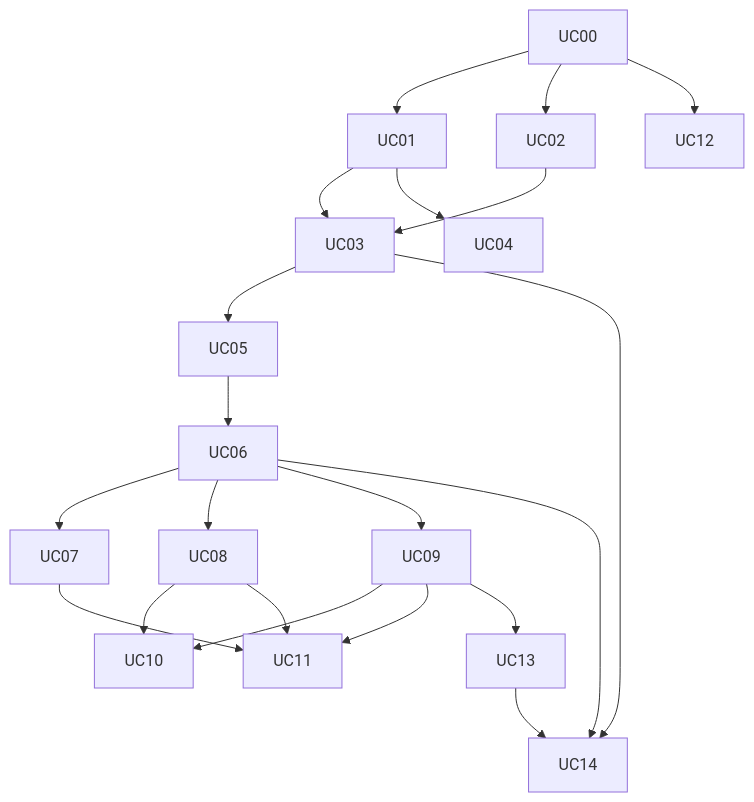
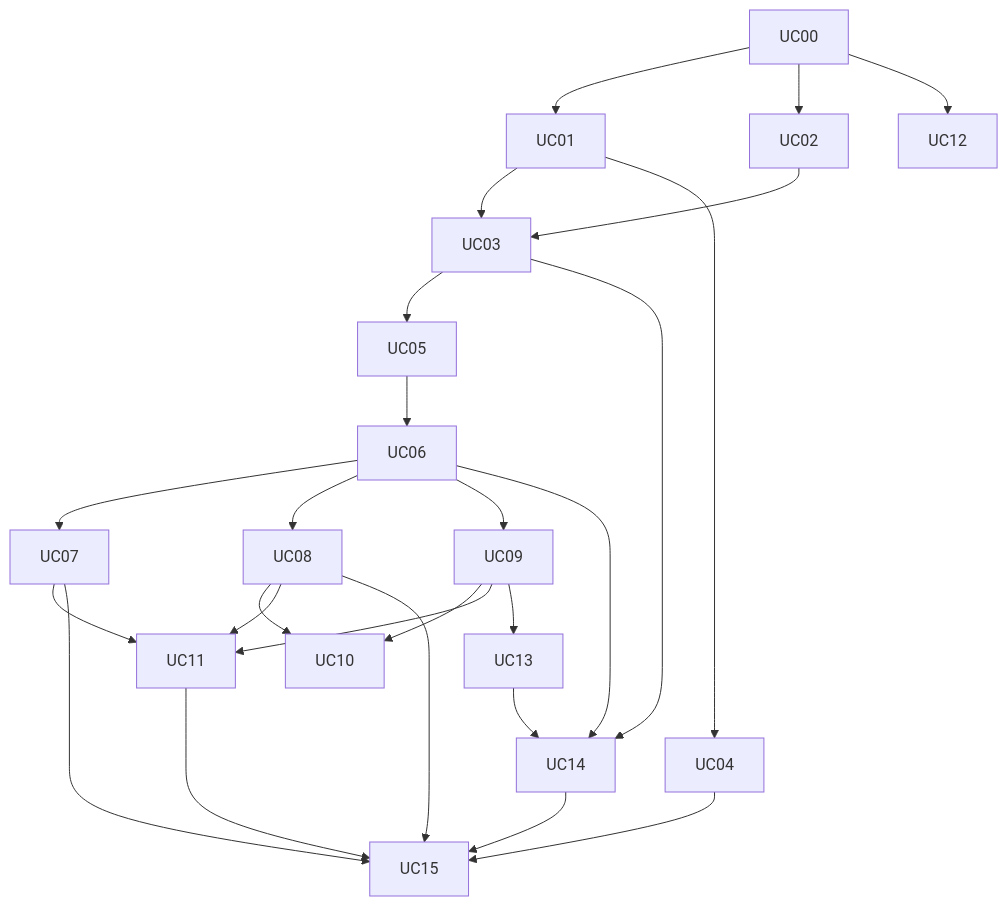
The diagram in docs/usecases/UC-INDEX.md (jsoladur/monthly-expenses), drawn with Mermaid before and after one commit. The commit also changed other lines of this file and 11 other files, not shown here.

````diff
--- a/docs/usecases/UC-INDEX.md
+++ b/docs/usecases/UC-INDEX.md
@@ -42,13 +43,14 @@
 ```mermaid
 flowchart TD
     UC00 --> UC01 --> UC03 --> UC05 --> UC06
     UC00 --> UC02 --> UC03
     UC01 --> UC04
     UC06 --> UC07 & UC08 & UC09
     UC08 & UC09 --> UC10
     UC07 & UC08 & UC09 --> UC11
     UC09 --> UC13
     UC03 & UC06 --> UC14
     UC13 --> UC14
     UC00 --> UC12
+    UC04 & UC07 & UC08 & UC11 & UC14 --> UC15
 ```
````
